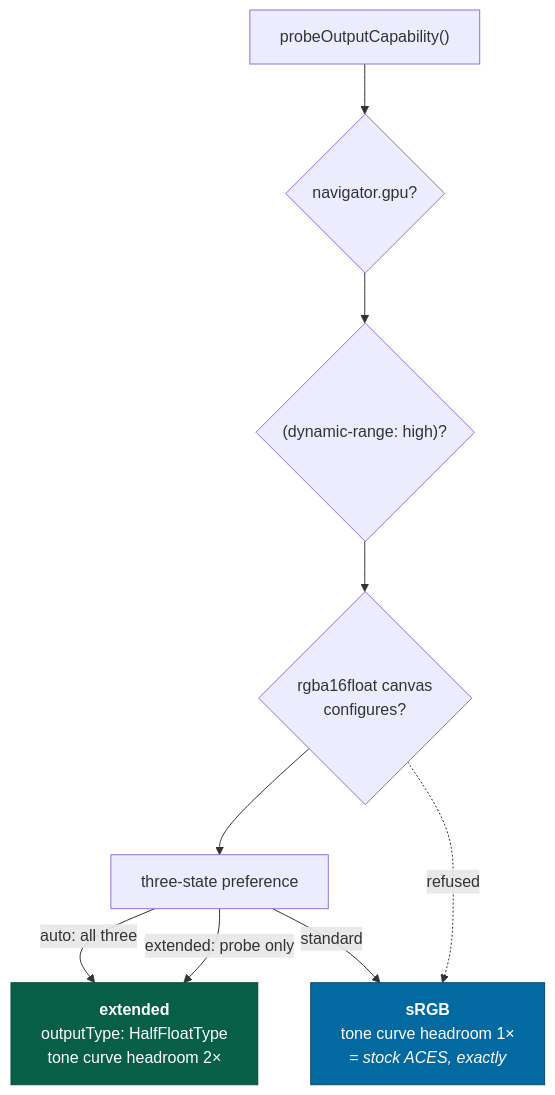
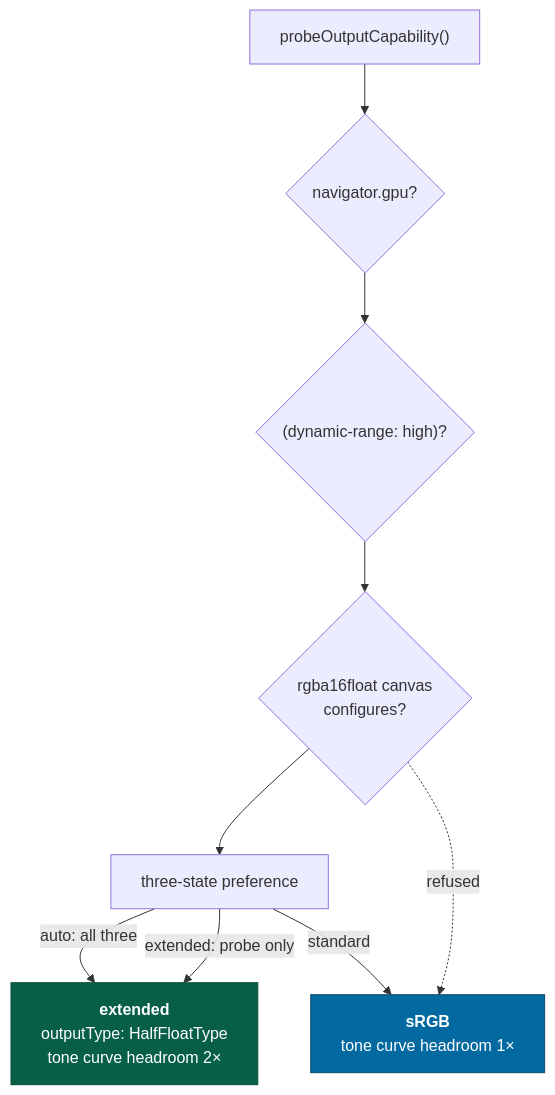
One commit to jonjaques/inertialref changed the eighth of 9 diagrams in docs/concepts/rendering.md. Above: the diagram before and after it, drawn with Mermaid. The commit also changed other lines of this file and 83 other files, not shown here.

````diff
--- a/docs/concepts/rendering.md
+++ b/docs/concepts/rendering.md
@@ -756,20 +756,20 @@
 ```mermaid
 flowchart TB
     PROBE["probeOutputCapability()"]
     Q1{"navigator.gpu?"}
     Q2{"(dynamic-range: high)?"}
     Q3{"rgba16float canvas<br/>configures?"}
     PREF["three-state preference"]
     EXT["<b>extended</b><br/>outputType: HalfFloatType<br/>tone curve headroom 2×"]
-    STD["<b>sRGB</b><br/>tone curve headroom 1×<br/><i>= stock ACES, exactly</i>"]
+    STD["<b>sRGB</b><br/>tone curve headroom 1×"]
 
     PROBE --> Q1 --> Q2 --> Q3
     Q3 --> PREF
     PREF -->|auto: all three| EXT
     PREF -->|extended: probe only| EXT
     PREF -->|standard| STD
     Q3 -.->|refused| STD
 
     style EXT fill:#065f46,stroke:#064e3b,color:#fff
     style STD fill:#0369a1,stroke:#0c4a6e,color:#fff
 ```
````
